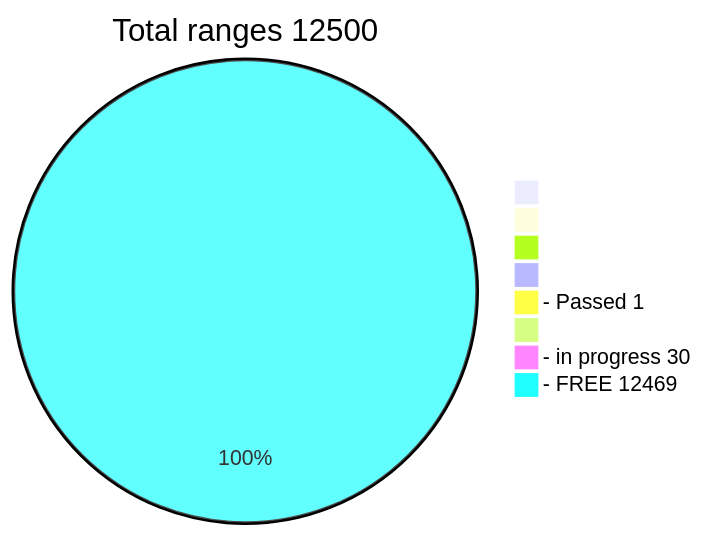
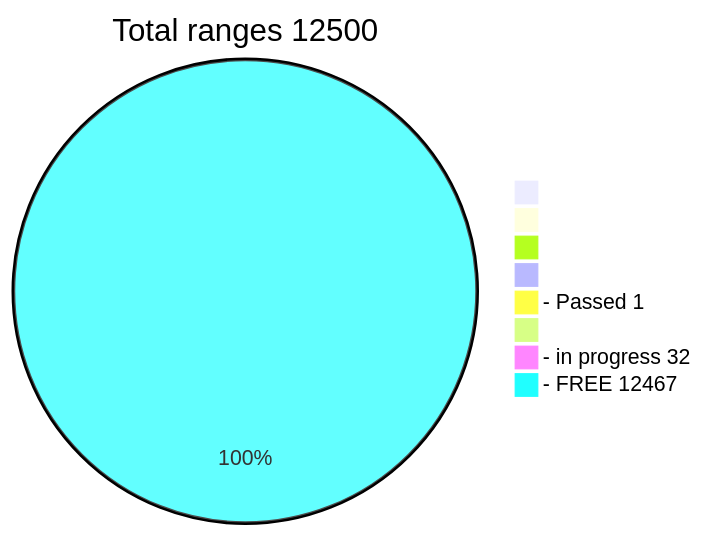
One commit to phrutis/Passphrases changed the diagram in README.md. Above: the diagram before and after it, drawn with Mermaid.

````diff
--- a/README.md
+++ b/README.md
@@ -3,12 +3,12 @@
 ```mermaid
 pie title Total ranges 12500
              " " : 0
             "  " : 0
            "   " : 0
           "    " : 0
   "- Passed 1" : 1
          "     " : 0
-  "- in progress 30" : 30
-   "- FREE 12469" : 12469
+  "- in progress 32" : 32
+   "- FREE 12467" : 12467
    
 ```
````
